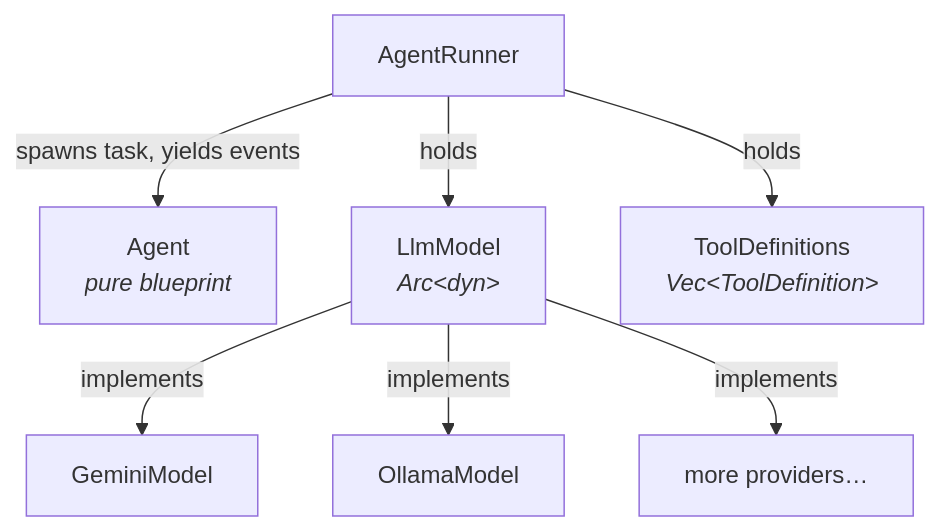
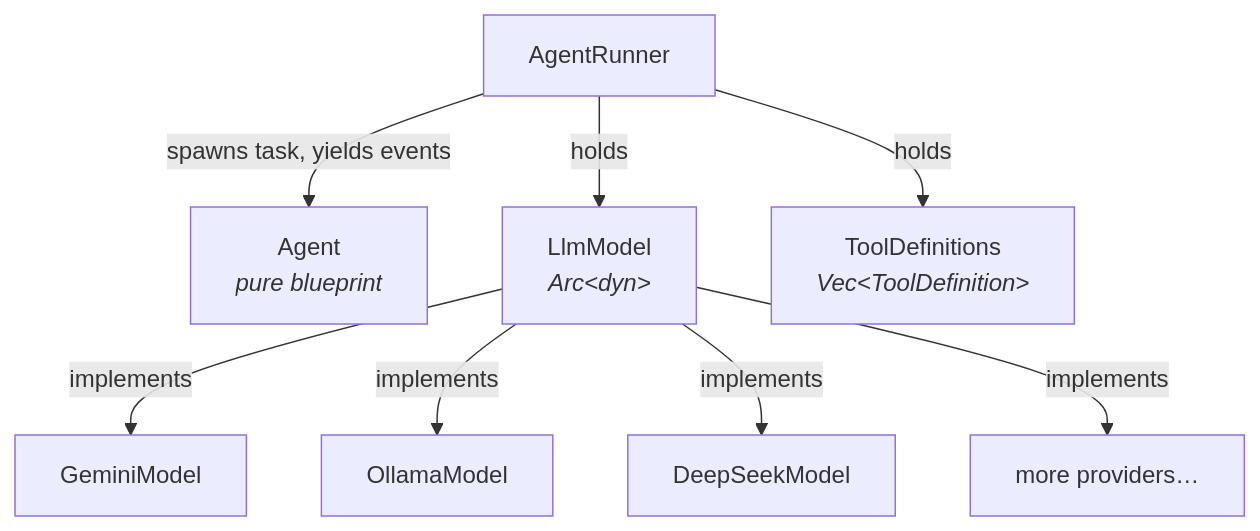
Before and after one commit to andreban/agent-rig: the diagram in README.md, drawn with Mermaid. The commit also changed other lines of this file and 27 other files, not shown here.

````diff
--- a/README.md
+++ b/README.md
@@ -452,9 +480,10 @@
 ```mermaid
 graph TD
     AR[AgentRunner] -->|spawns task, yields events| A[Agent<br/><i>pure blueprint</i>]
     AR -->|holds| LM[LlmModel<br/><i>Arc&lt;dyn&gt;</i>]
     AR -->|holds| TD[ToolDefinitions<br/><i>Vec&lt;ToolDefinition&gt;</i>]
     LM -->|implements| GM[GeminiModel]
     LM -->|implements| OM[OllamaModel]
+    LM -->|implements| DM[DeepSeekModel]
     LM -->|implements| MORE[more providers…]
 ```
````
